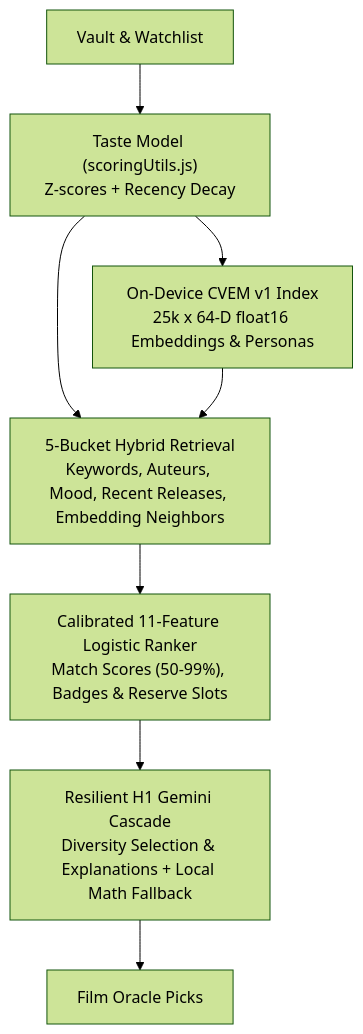
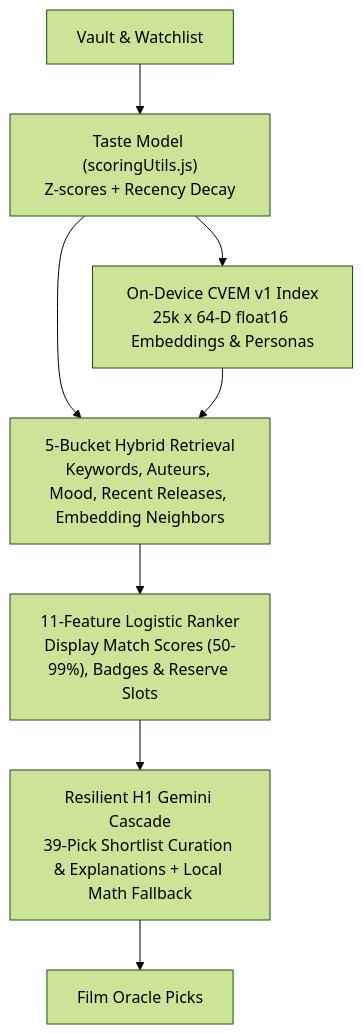
Before and after one commit to khuzaima175/React-Movie-Original: the diagram in README.md, drawn with Mermaid (forest theme). The commit also changed other lines of this file and 6 other files, not shown here.

Commit message:
fix(nav,docs): scroll to top on route transitions and align architecture & model docs

````diff
--- a/README.md
+++ b/README.md
@@ -46,9 +48,9 @@
 ```mermaid
 flowchart TD
     V["Vault & Watchlist"] --> T["Taste Model (scoringUtils.js)\nZ-scores + Recency Decay"]
     T --> E["On-Device CVEM v1 Index\n25k x 64-D float16 Embeddings & Personas"]
     T & E --> R["5-Bucket Hybrid Retrieval\nKeywords, Auteurs, Mood, Recent Releases, Embedding Neighbors"]
-    R --> RNK["Calibrated 11-Feature Logistic Ranker\nMatch Scores (50-99%), Badges & Reserve Slots"]
-    RNK --> GEM["Resilient H1 Gemini Cascade\nDiversity Selection & Explanations + Local Math Fallback"]
+    R --> RNK["11-Feature Logistic Ranker\nDisplay Match Scores (50-99%), Badges & Reserve Slots"]
+    RNK --> GEM["Resilient H1 Gemini Cascade\n39-Pick Shortlist Curation & Explanations + Local Math Fallback"]
     GEM --> UI["Film Oracle Picks"]
 ```
````
